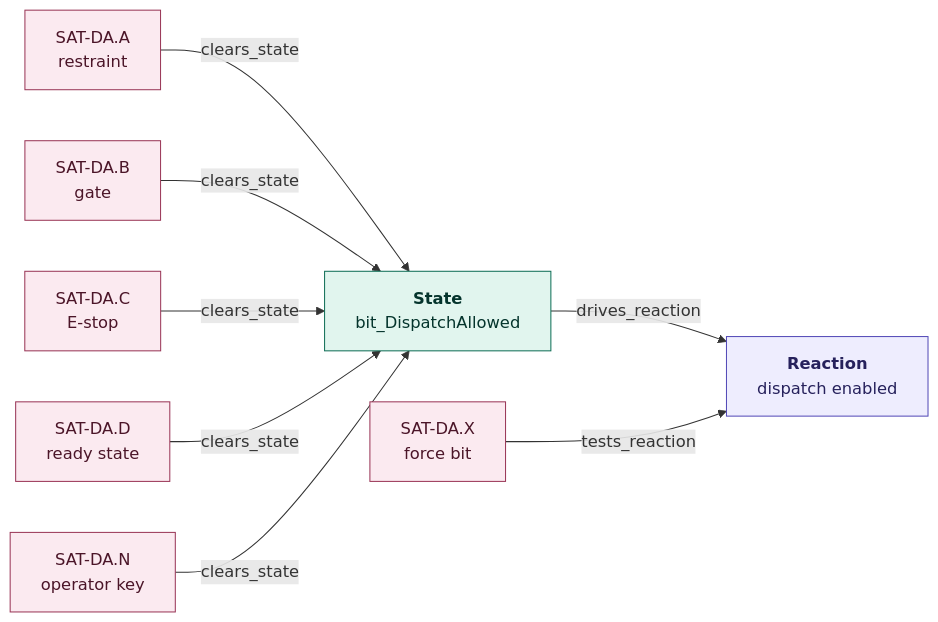
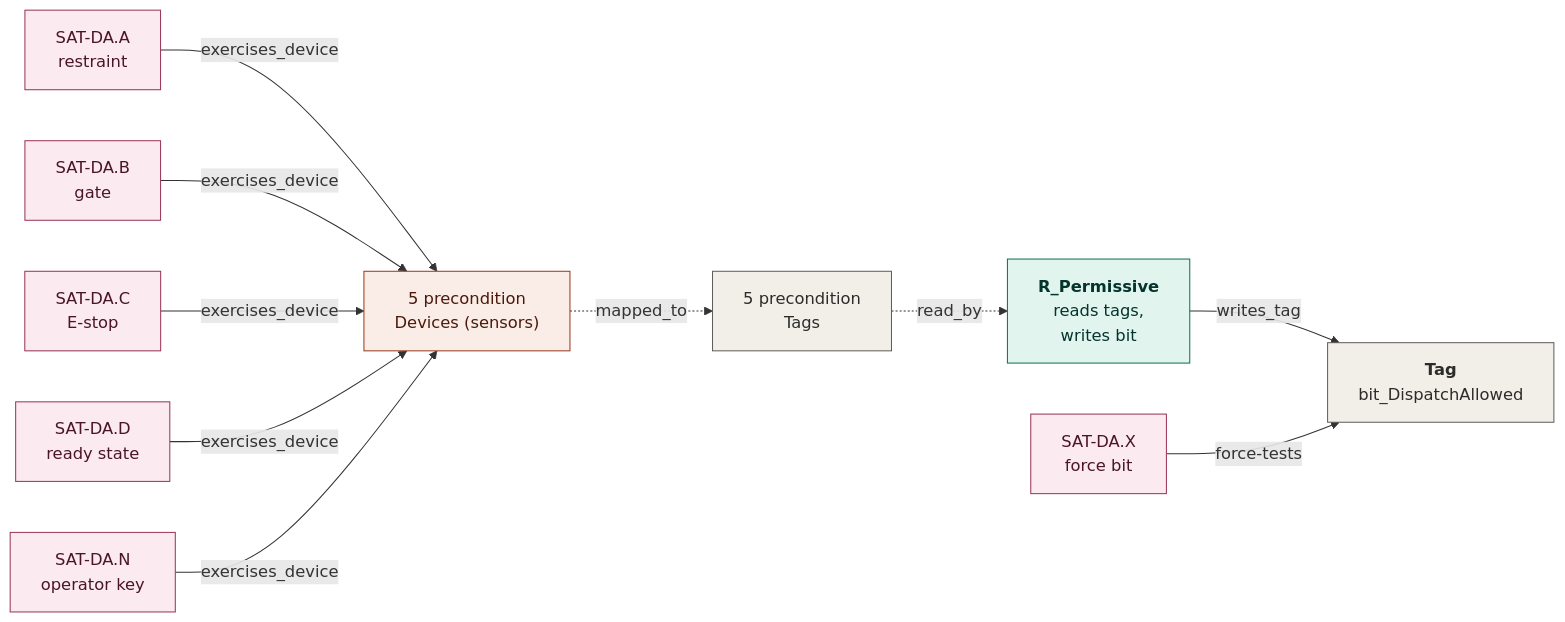
The fourth of 9 diagrams in ekg_concept.md (rcanterberryhall/hexcaliper), drawn with Mermaid before and after one commit. The commit also changed other lines of this file, not shown here.

First line of the commit message:
ekg: align concept.md schema with implementation doc

````diff
--- a/ekg_concept.md
+++ b/ekg_concept.md
@@ -188,31 +183,39 @@
 ```mermaid
 flowchart LR
     SAT_a["SAT-DA.A<br/>restraint"]
     SAT_b["SAT-DA.B<br/>gate"]
     SAT_c["SAT-DA.C<br/>E-stop"]
     SAT_d["SAT-DA.D<br/>ready state"]
     SAT_n["SAT-DA.N<br/>operator key"]
 
-    State["<b>State</b><br/>bit_DispatchAllowed"]
+    Devs["5 precondition<br/>Devices (sensors)"]
+    Tags["5 precondition<br/>Tags"]
+
+    Routine["<b>R_Permissive</b><br/>reads tags,<br/>writes bit"]
+
+    Bit["<b>Tag</b><br/>bit_DispatchAllowed"]
 
     SAT_force["SAT-DA.X<br/>force bit"]
-    RX["<b>Reaction</b><br/>dispatch enabled"]
 
-    SAT_a -- "clears_state" --> State
-    SAT_b -- "clears_state" --> State
-    SAT_c -- "clears_state" --> State
-    SAT_d -- "clears_state" --> State
-    SAT_n -- "clears_state" --> State
+    SAT_a -- "exercises_device" --> Devs
+    SAT_b -- "exercises_device" --> Devs
+    SAT_c -- "exercises_device" --> Devs
+    SAT_d -- "exercises_device" --> Devs
+    SAT_n -- "exercises_device" --> Devs
 
-    State -- "drives_reaction" --> RX
-    SAT_force -- "tests_reaction" --> RX
+    Devs -. "mapped_to" .-> Tags
+    Tags -. "read_by" .-> Routine
+    Routine -- "writes_tag" --> Bit
+    SAT_force -- "force-tests" --> Bit
 
-    style State fill:#E1F5EE,stroke:#0F6E56,color:#04342C
-    style RX fill:#EEEDFE,stroke:#534AB7,color:#26215C
+    style Bit fill:#F1EFE8,stroke:#5F5E5A,color:#2C2C2A
+    style Tags fill:#F1EFE8,stroke:#5F5E5A,color:#2C2C2A
+    style Routine fill:#E1F5EE,stroke:#0F6E56,color:#04342C
+    style Devs fill:#FAECE7,stroke:#993C1D,color:#4A1B0C
     style SAT_a fill:#FBEAF0,stroke:#993556,color:#4B1528
     style SAT_b fill:#FBEAF0,stroke:#993556,color:#4B1528
     style SAT_c fill:#FBEAF0,stroke:#993556,color:#4B1528
     style SAT_d fill:#FBEAF0,stroke:#993556,color:#4B1528
     style SAT_n fill:#FBEAF0,stroke:#993556,color:#4B1528
     style SAT_force fill:#FBEAF0,stroke:#993556,color:#4B1528
 ```
````
